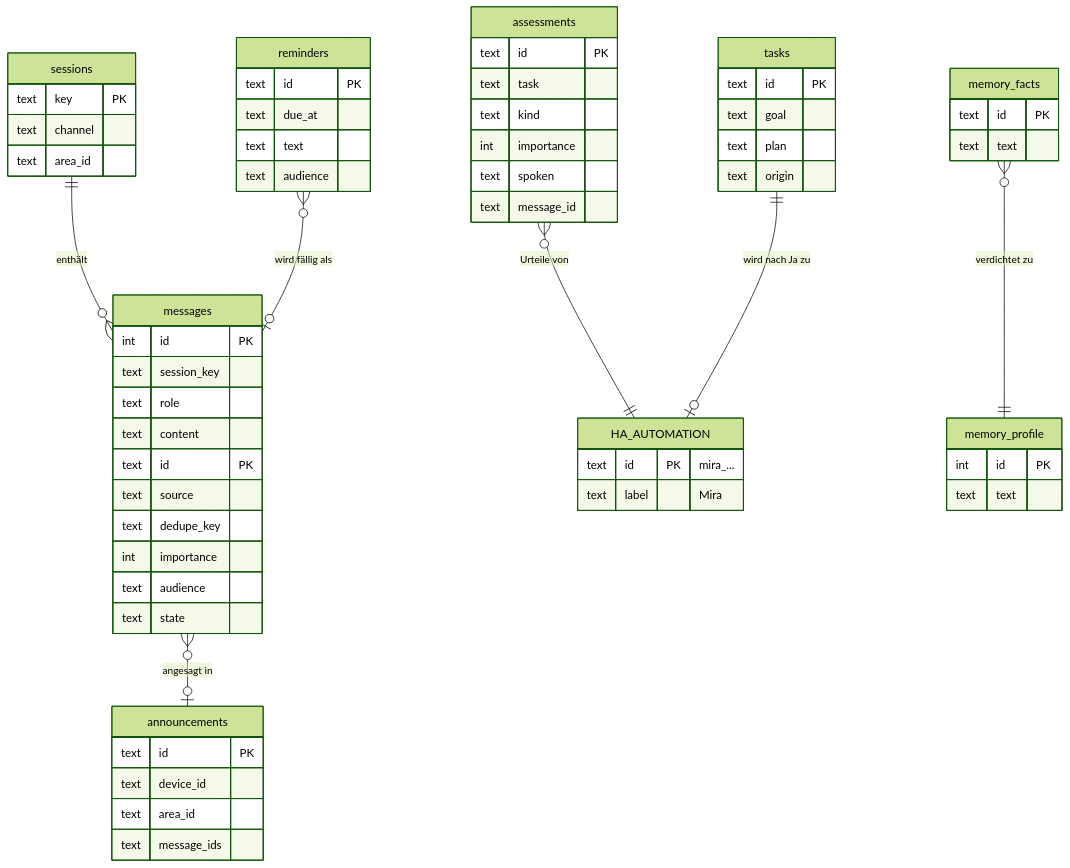
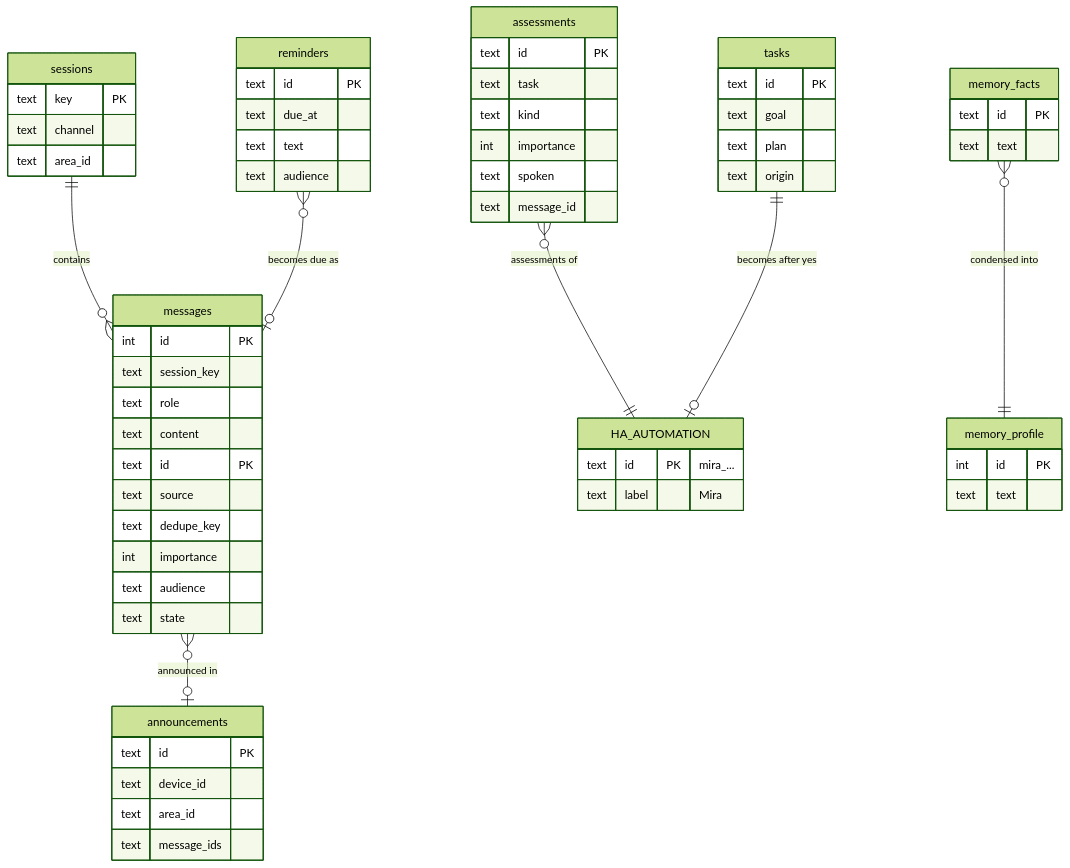
One commit to miraassist/mira changed the sixth of 6 diagrams in docs/system.md. Above: the diagram before and after it, drawn with Mermaid (forest theme). The commit also changed other lines of this file and 21 other files, not shown here.

````diff
--- a/docs/system.md
+++ b/docs/system.md
@@ -307,67 +307,67 @@
 ```mermaid
 erDiagram
-    sessions ||--o{ messages : "enthält"
-    messages }o--o| announcements : "angesagt in"
-    assessments }o--|| HA_AUTOMATION : "Urteile von"
-    tasks ||--o| HA_AUTOMATION : "wird nach Ja zu"
-    memory_facts }o--|| memory_profile : "verdichtet zu"
-    reminders }o--o| messages : "wird fällig als"
+    sessions ||--o{ messages : "contains"
+    messages }o--o| announcements : "announced in"
+    assessments }o--|| HA_AUTOMATION : "assessments of"
+    tasks ||--o| HA_AUTOMATION : "becomes after yes"
+    memory_facts }o--|| memory_profile : "condensed into"
+    reminders }o--o| messages : "becomes due as"
 
     sessions {
         text key PK
         text channel
         text area_id
     }
     messages {
         int id PK
         text session_key
         text role
         text content
     }
     messages {
         text id PK
         text source
         text dedupe_key
         int importance
         text audience
         text state
     }
     announcements {
         text id PK
         text device_id
         text area_id
         text message_ids
     }
     tasks {
         text id PK
         text goal
         text plan
         text origin
     }
     assessments {
         text id PK
         text task
         text kind
         int importance
         text spoken
         text message_id
     }
     memory_facts {
         text id PK
         text text
     }
     memory_profile {
         int id PK
         text text
     }
     reminders {
         text id PK
         text due_at
         text text
         text audience
     }
     HA_AUTOMATION {
         text id PK "mira_..."
         text label "Mira"
     }
 ```
````
